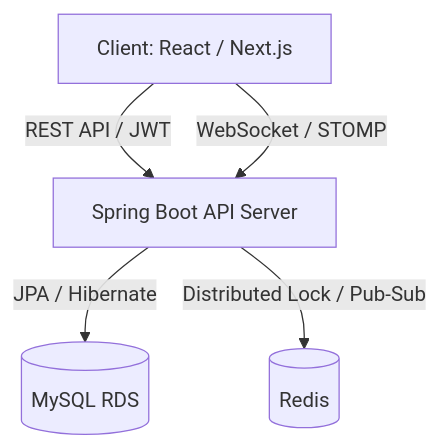
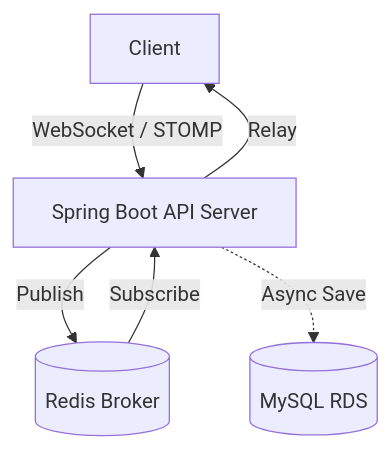
The diagram in README.md (helloyoogs/tarot-insight-backend), drawn with Mermaid before and after one commit. The commit also changed other lines of this file and 5 other files, not shown here.

Commit message:
[refactor] 채팅 저장 로직 비동기화 및 중복 저장 문제 해결 - Spring @async 및 ThreadPoolTaskExecutor를 활용한 비동기 DB 저장 구현 - RedisSubscriber로 DB 저장 책임 일원화 및 ChatController 내 중복 코드 제거 - 메시지 발송(Websocket)과 저장(DB) 쓰레드 분리를 통한 응답 속도 최적화 - 로깅 보강을 통해 비동기 일꾼 쓰레드(ChatAsync-X)의 동작 유무 검증 완료

````diff
--- a/README.md
+++ b/README.md
@@ -37,7 +33,8 @@
 ```mermaid
 graph TD
-    Client[Client: React / Next.js] -->|REST API / JWT| Server[Spring Boot API Server]
-    Client -->|WebSocket / STOMP| Server
-    Server -->|JPA / Hibernate| MySQL[(MySQL RDS)]
-    Server -->|Distributed Lock / Pub-Sub| Redis[(Redis)]
+    Client[Client] -->|WebSocket / STOMP| Server[Spring Boot API Server]
+    Server -->|Publish| Redis[(Redis Broker)]
+    Redis -->|Subscribe| Server
+    Server -->|Relay| Client
+    Server -.->|Async Save| MySQL[(MySQL RDS)]
 ```
````
